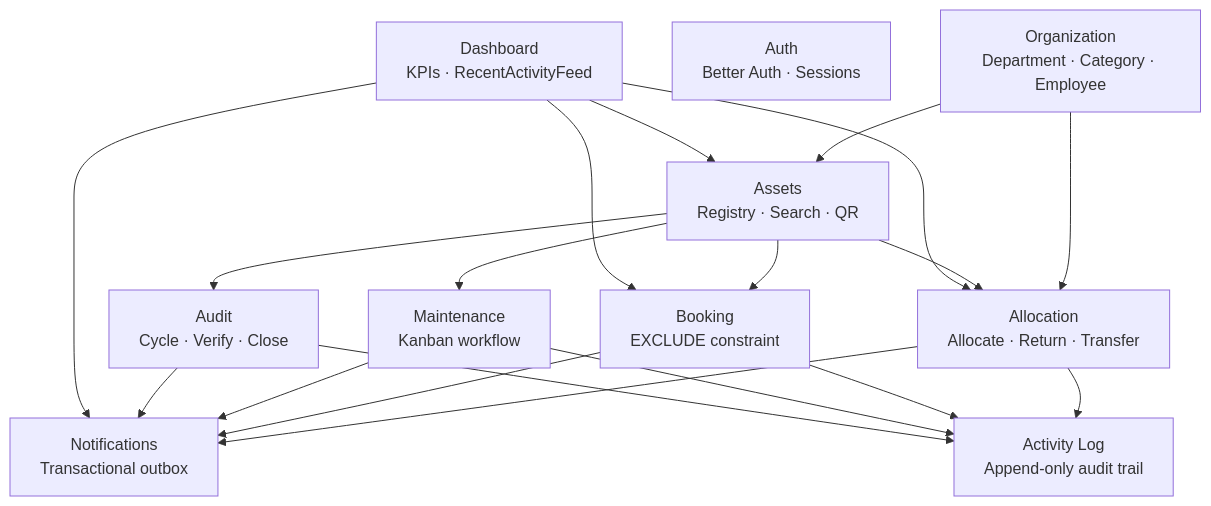
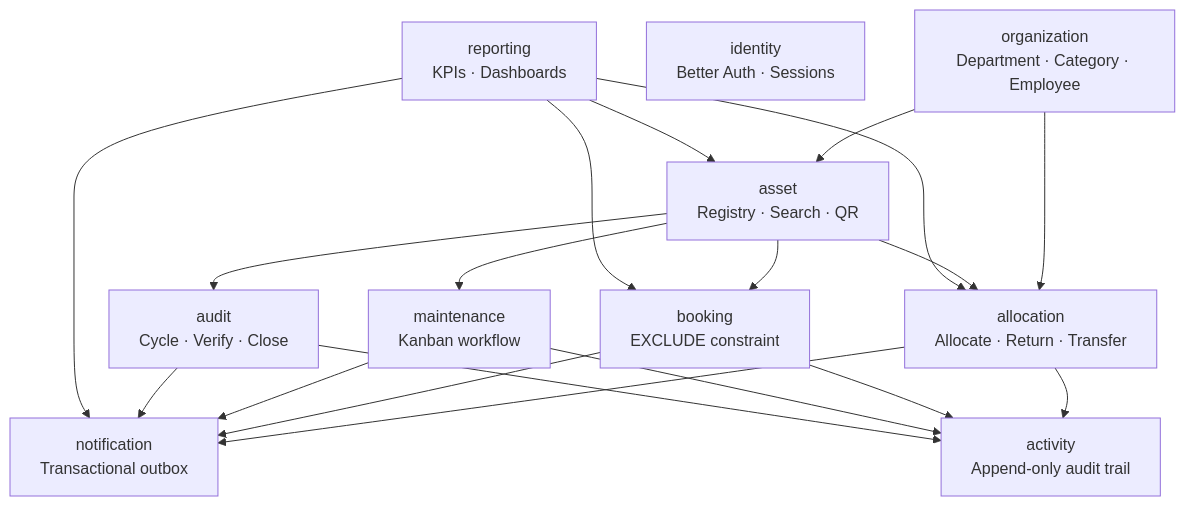
Before and after one commit to Shivayaagrawal/assetflow: the fourth of 6 diagrams in docs/hld.md, drawn with Mermaid. The commit also changed other lines of this file and 9 other files, not shown here.

First line of the commit message:
docs(shared): align HLD/LLD with frozen modules architecture

````diff
--- a/docs/hld.md
+++ b/docs/hld.md
@@ -160,32 +171,32 @@
 ```mermaid
 flowchart TB
-  Org["Organization<br/>Department · Category · Employee"]
-  Auth["Auth<br/>Better Auth · Sessions"]
-  Asset["Assets<br/>Registry · Search · QR"]
-  Alloc["Allocation<br/>Allocate · Return · Transfer"]
-  Book["Booking<br/>EXCLUDE constraint"]
-  Maint["Maintenance<br/>Kanban workflow"]
-  Audit["Audit<br/>Cycle · Verify · Close"]
-  Notif["Notifications<br/>Transactional outbox"]
-  Activity["Activity Log<br/>Append-only audit trail"]
-  Dash["Dashboard<br/>KPIs · RecentActivityFeed"]
+  Org["organization<br/>Department · Category · Employee"]
+  Identity["identity<br/>Better Auth · Sessions"]
+  Asset["asset<br/>Registry · Search · QR"]
+  Alloc["allocation<br/>Allocate · Return · Transfer"]
+  Book["booking<br/>EXCLUDE constraint"]
+  Maint["maintenance<br/>Kanban workflow"]
+  Audit["audit<br/>Cycle · Verify · Close"]
+  Notif["notification<br/>Transactional outbox"]
+  Activity["activity<br/>Append-only audit trail"]
+  Report["reporting<br/>KPIs · Dashboards"]
 
   Org --> Asset
   Org --> Alloc
   Asset --> Alloc
   Asset --> Book
   Asset --> Maint
   Asset --> Audit
   Alloc --> Notif
   Book --> Notif
   Maint --> Notif
   Audit --> Notif
   Alloc --> Activity
   Book --> Activity
   Maint --> Activity
   Audit --> Activity
-  Dash --> Asset
-  Dash --> Alloc
-  Dash --> Book
-  Dash --> Notif
+  Report --> Asset
+  Report --> Alloc
+  Report --> Book
+  Report --> Notif
 ```
````
